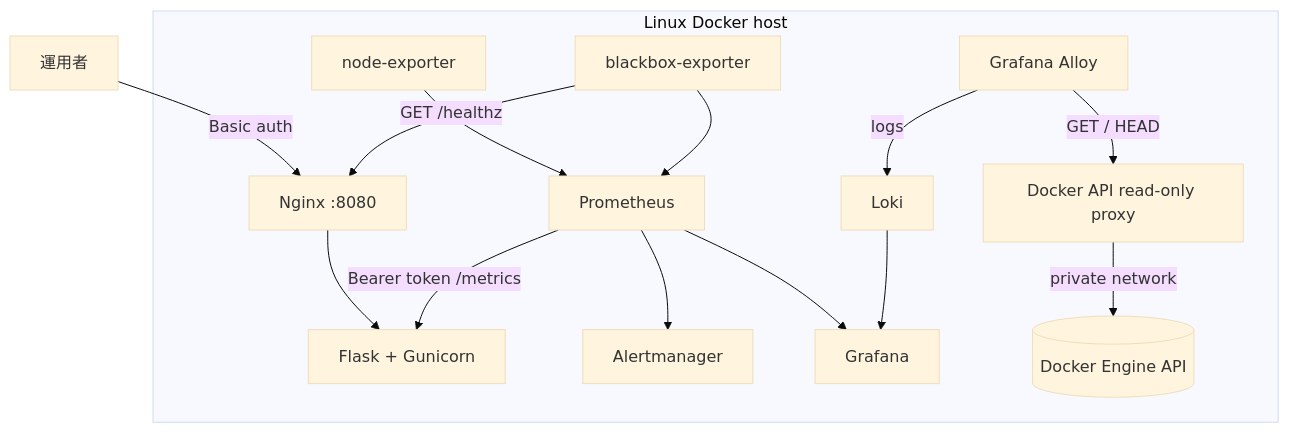
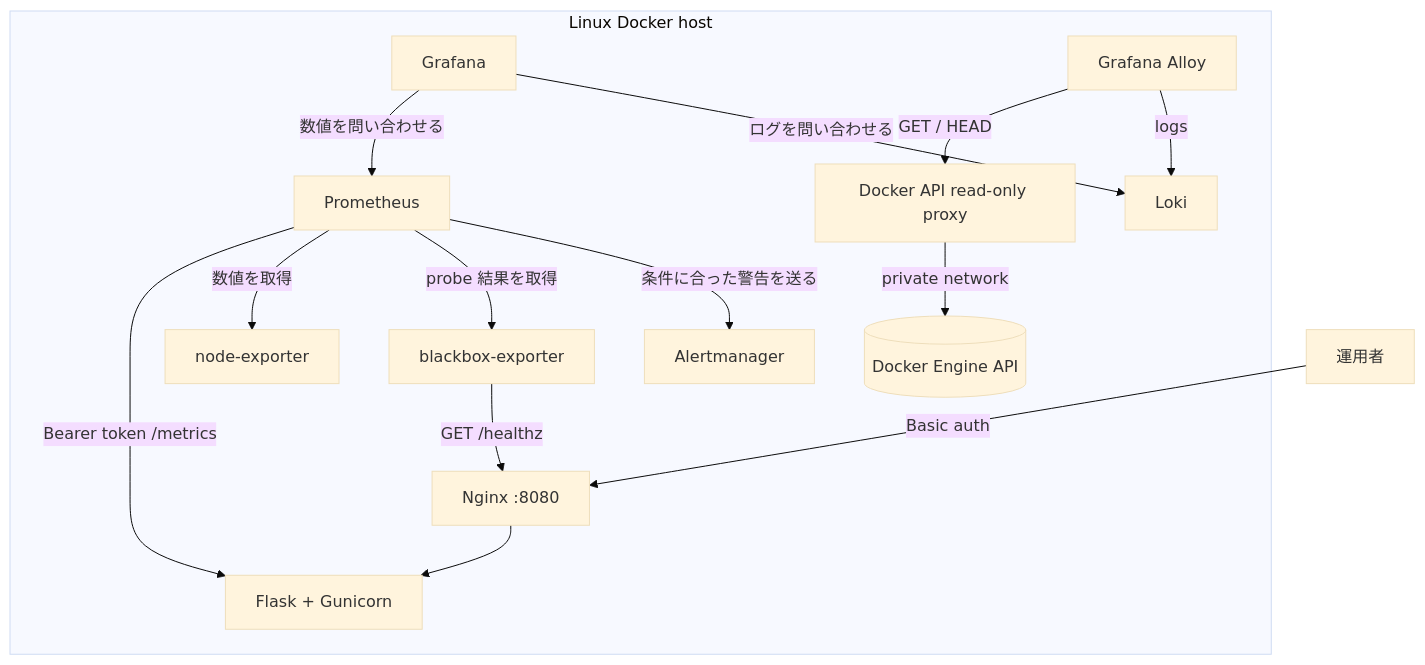
One commit to ns7jp/ns7jp changed the first of 2 diagrams in docs/architecture-diagram.md. Above: the diagram before and after it, drawn with Mermaid (base theme). The commit also changed other lines of this file and 5 other files, not shown here.

````diff
--- a/docs/architecture-diagram.md
+++ b/docs/architecture-diagram.md
@@ -8,18 +8,18 @@
 ```mermaid
 flowchart TB
     User[運用者] -->|Basic auth| Nginx[Nginx :8080]
 
     subgraph Host[Linux Docker host]
         Nginx --> App[Flask + Gunicorn]
         Prom[Prometheus] -->|Bearer token /metrics| App
-        Node[node-exporter] --> Prom
+        Prom -->|数値を取得| Node[node-exporter]
         Probe[blackbox-exporter] -->|GET /healthz| Nginx
-        Probe --> Prom
-        Prom --> Alert[Alertmanager]
-        Prom --> Grafana[Grafana]
+        Prom -->|probe 結果を取得| Probe
+        Prom -->|条件に合った警告を送る| Alert[Alertmanager]
+        Grafana[Grafana] -->|数値を問い合わせる| Prom
         Alloy[Grafana Alloy] -->|GET / HEAD| Proxy[Docker API read-only proxy]
         Proxy -->|private network| Engine[(Docker Engine API)]
         Alloy -->|logs| Loki[Loki]
-        Loki --> Grafana
+        Grafana -->|ログを問い合わせる| Loki
     end
 ```
````
